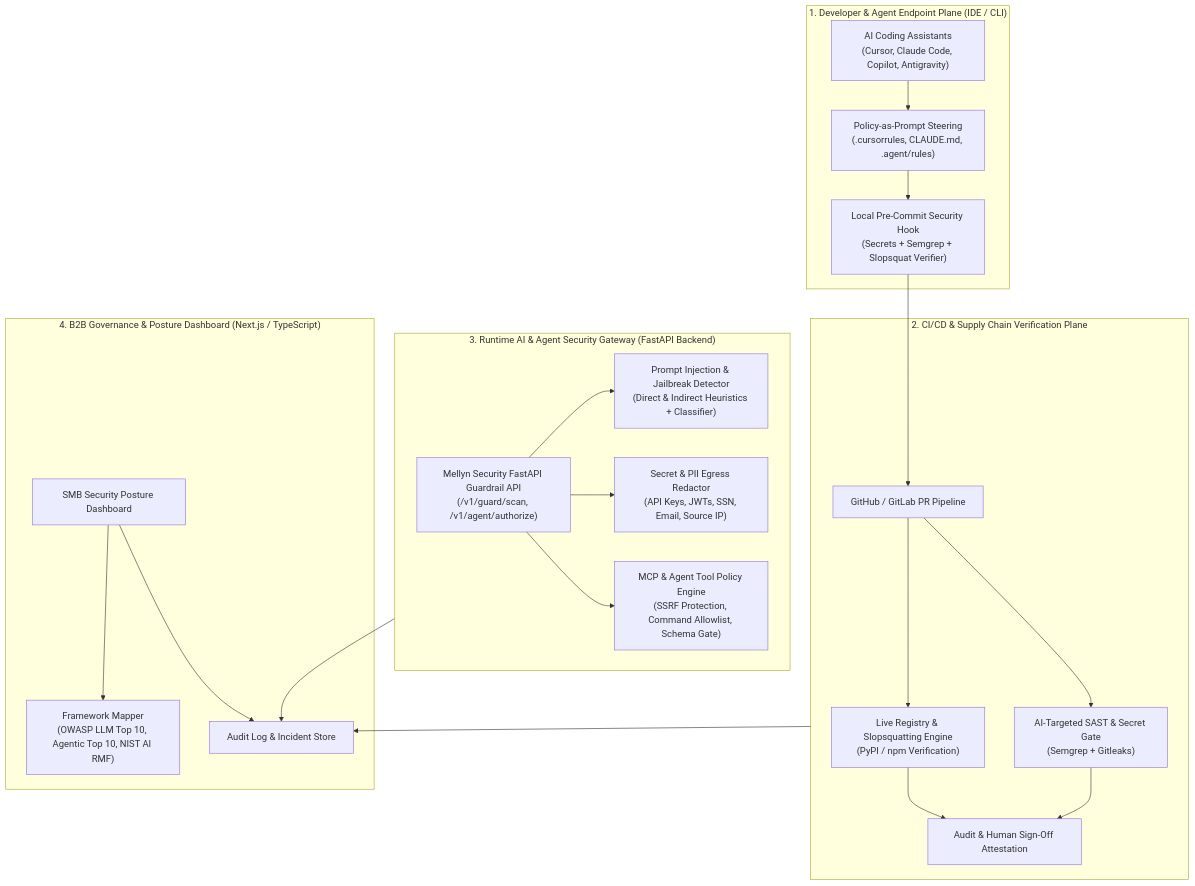
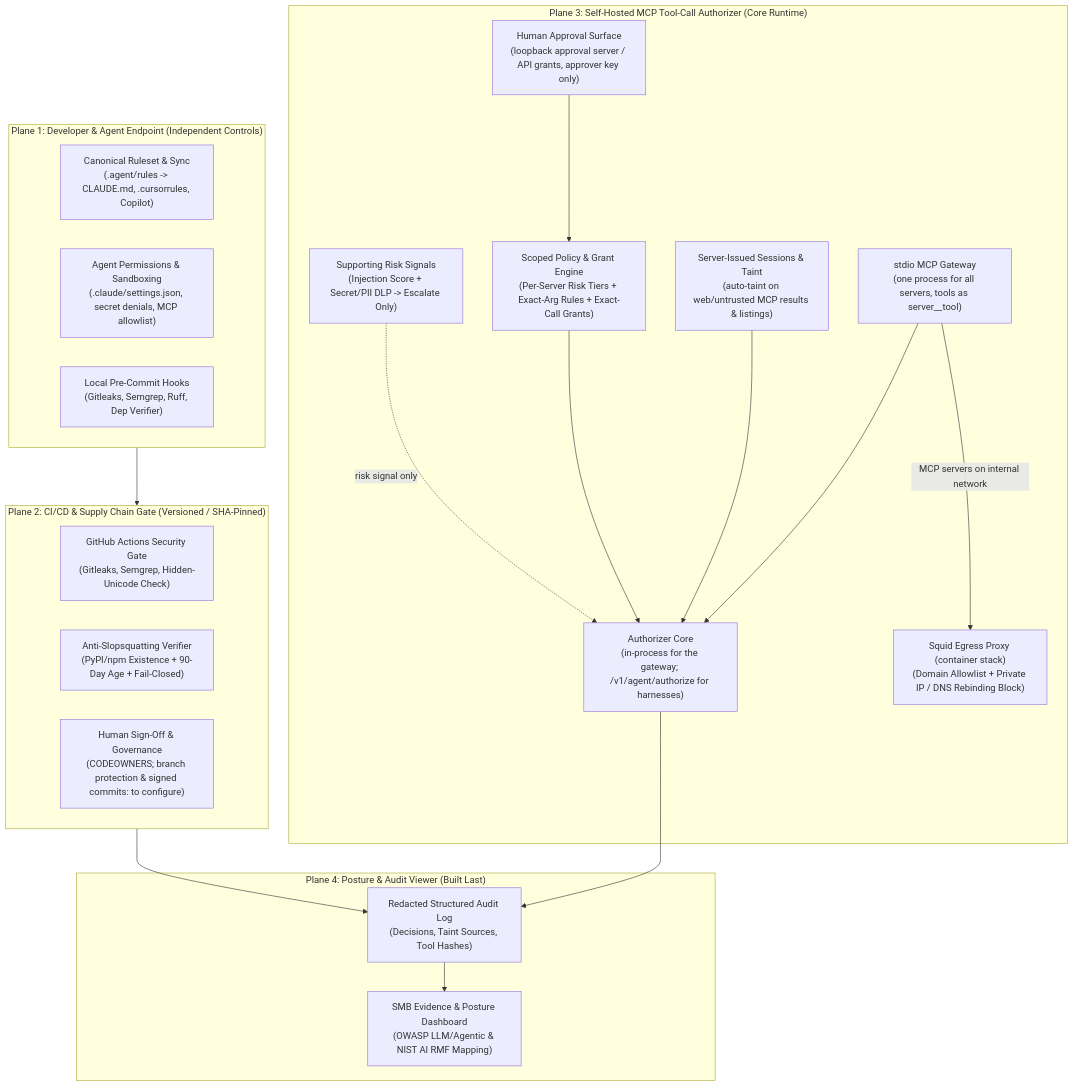
Before and after one commit to OramramLLC/mellyn_security: the diagram in docs/ARCHITECTURE.md, drawn with Mermaid. The commit also changed other lines of this file and 42 other files, not shown here.

````diff
--- a/docs/ARCHITECTURE.md
+++ b/docs/ARCHITECTURE.md
@@ -9,36 +18,40 @@
 ```mermaid
 flowchart TB
-    subgraph DevPlane["1. Developer & Agent Endpoint Plane (IDE / CLI)"]
-        IDE["AI Coding Assistants<br/>(Cursor, Claude Code, Copilot, Antigravity)"]
-        Rules["Policy-as-Prompt Steering<br/>(.cursorrules, CLAUDE.md, .agent/rules)"]
-        PreCommit["Local Pre-Commit Security Hook<br/>(Secrets + Semgrep + Slopsquat Verifier)"]
-        IDE --> Rules --> PreCommit
+    subgraph DevPlane["Plane 1: Developer & Agent Endpoint (Independent Controls)"]
+        Rules["Canonical Ruleset & Sync<br/>(.agent/rules -> CLAUDE.md, .cursorrules, Copilot)"]
+        Sandbox["Agent Permissions & Sandboxing<br/>(.claude/settings.json, secret denials, MCP allowlist)"]
+        PreCommit["Local Pre-Commit Hooks<br/>(Gitleaks, Semgrep, Ruff, Dep Verifier)"]
     end
 
-    subgraph CICDPlane["2. CI/CD & Supply Chain Verification Plane"]
-        GH["GitHub / GitLab PR Pipeline"]
-        DepCheck["Live Registry & Slopsquatting Engine<br/>(PyPI / npm Verification)"]
-        SAST["AI-Targeted SAST & Secret Gate<br/>(Semgrep + Gitleaks)"]
-        Provenance["Audit & Human Sign-Off Attestation"]
-        GH --> DepCheck & SAST --> Provenance
+    subgraph CICDPlane["Plane 2: CI/CD & Supply Chain Gate (Versioned / SHA-Pinned)"]
+        CI["GitHub Actions Security Gate<br/>(Gitleaks, Semgrep, Hidden-Unicode Check)"]
+        DepCheck["Anti-Slopsquatting Verifier<br/>(PyPI/npm Existence + 90-Day Age + Fail-Closed)"]
+        Attest["Human Sign-Off & Governance<br/>(CODEOWNERS; branch protection & signed commits: to configure)"]
     end
 
-    subgraph RuntimePlane["3. Runtime AI & Agent Security Gateway (FastAPI Backend)"]
-        Proxy["Mellyn Security FastAPI Guardrail API<br/>(/v1/guard/scan, /v1/agent/authorize)"]
-        PI["Prompt Injection & Jailbreak Detector<br/>(Direct & Indirect Heuristics + Classifier)"]
-        DLP["Secret & PII Egress Redactor<br/>(API Keys, JWTs, SSN, Email, Source IP)"]
-        ToolGuard["MCP & Agent Tool Policy Engine<br/>(SSRF Protection, Command Allowlist, Schema Gate)"]
-        Proxy --> PI & DLP & ToolGuard
+    subgraph RuntimePlane["Plane 3: Self-Hosted MCP Tool-Call Authorizer (Core Runtime)"]
+        Gateway["stdio MCP Gateway<br/>(one process for all servers, tools as server__tool)"]
+        Auth["Authorizer Core<br/>(in-process for the gateway; /v1/agent/authorize for harnesses)"]
+        Taint["Server-Issued Sessions & Taint<br/>(auto-taint on web/untrusted MCP results & listings)"]
+        Policy["Scoped Policy & Grant Engine<br/>(Per-Server Risk Tiers + Exact-Arg Rules + Exact-Call Grants)"]
+        Approver["Human Approval Surface<br/>(loopback approval server / API grants, approver key only)"]
+        Gateway --> Auth
+        Signals["Supporting Risk Signals<br/>(Injection Score + Secret/PII DLP -> Escalate Only)"]
+        Egress["Squid Egress Proxy (container stack)<br/>(Domain Allowlist + Private IP / DNS Rebinding Block)"]
+        Taint --> Auth
+        Policy --> Auth
+        Approver --> Policy
+        Signals -.->|"risk signal only"| Auth
+        Gateway -->|"MCP servers on internal network"| Egress
     end
 
-    subgraph ControlPlane["4. B2B Governance & Posture Dashboard (Next.js / TypeScript)"]
-        UI["SMB Security Posture Dashboard"]
-        Compliance["Framework Mapper<br/>(OWASP LLM Top 10, Agentic Top 10, NIST AI RMF)"]
-        Telemetry["Audit Log & Incident Store"]
-        UI --> Compliance & Telemetry
+    subgraph ControlPlane["Plane 4: Posture & Audit Viewer (Built Last)"]
+        Audit["Redacted Structured Audit Log<br/>(Decisions, Taint Sources, Tool Hashes)"]
+        UI["SMB Evidence & Posture Dashboard<br/>(OWASP LLM/Agentic & NIST AI RMF Mapping)"]
+        Audit --> UI
     end
 
-    PreCommit --> GH
-    RuntimePlane --> Telemetry
-    CICDPlane --> Telemetry
+    DevPlane --> CICDPlane
+    Auth --> Audit
+    CICDPlane --> Audit
 ```
````
